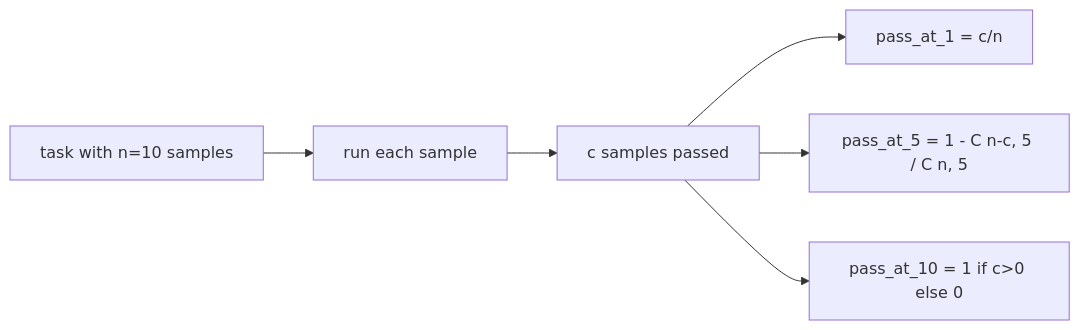
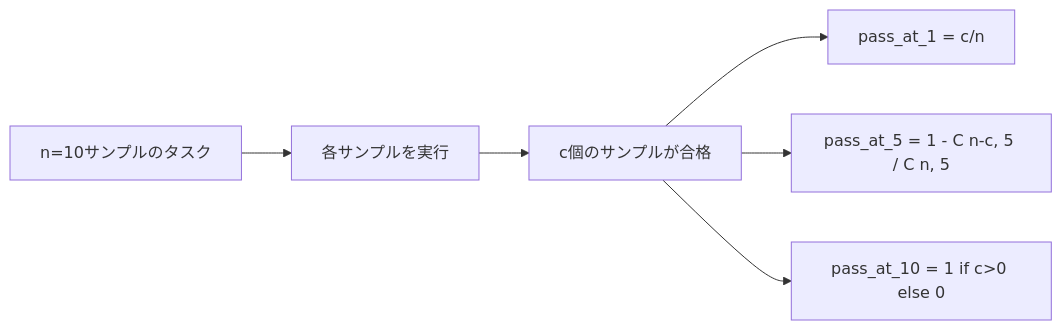
Before and after one commit to shoshoshomen/synapse-academy: the second of 2 diagrams in content/phases/19-capstone-projects/72-code-exec-metric/lesson.ja.md, drawn with Mermaid. The commit also changed other lines of this file and 124 other files, not shown here.

First line of the commit message:
feat(i18n): mermaid図のラベルを日本語化(194レッスン/374図)

````diff
--- a/content/phases/19-capstone-projects/72-code-exec-metric/lesson.ja.md
+++ b/content/phases/19-capstone-projects/72-code-exec-metric/lesson.ja.md
@@ -80,8 +80,8 @@
 ```mermaid
 flowchart LR
-    A[task with n=10 samples] --> B[run each sample]
-    B --> C[c samples passed]
-    C --> D[pass_at_1 = c/n]
-    C --> E[pass_at_5 = 1 - C n-c, 5 / C n, 5]
-    C --> F[pass_at_10 = 1 if c>0 else 0]
+    A["n=10サンプルのタスク"] --> B["各サンプルを実行"]
+    B --> C["c個のサンプルが合格"]
+    C --> D["pass_at_1 = c/n"]
+    C --> E["pass_at_5 = 1 - C n-c, 5 / C n, 5"]
+    C --> F["pass_at_10 = 1 if c>0 else 0"]
 ```
````
